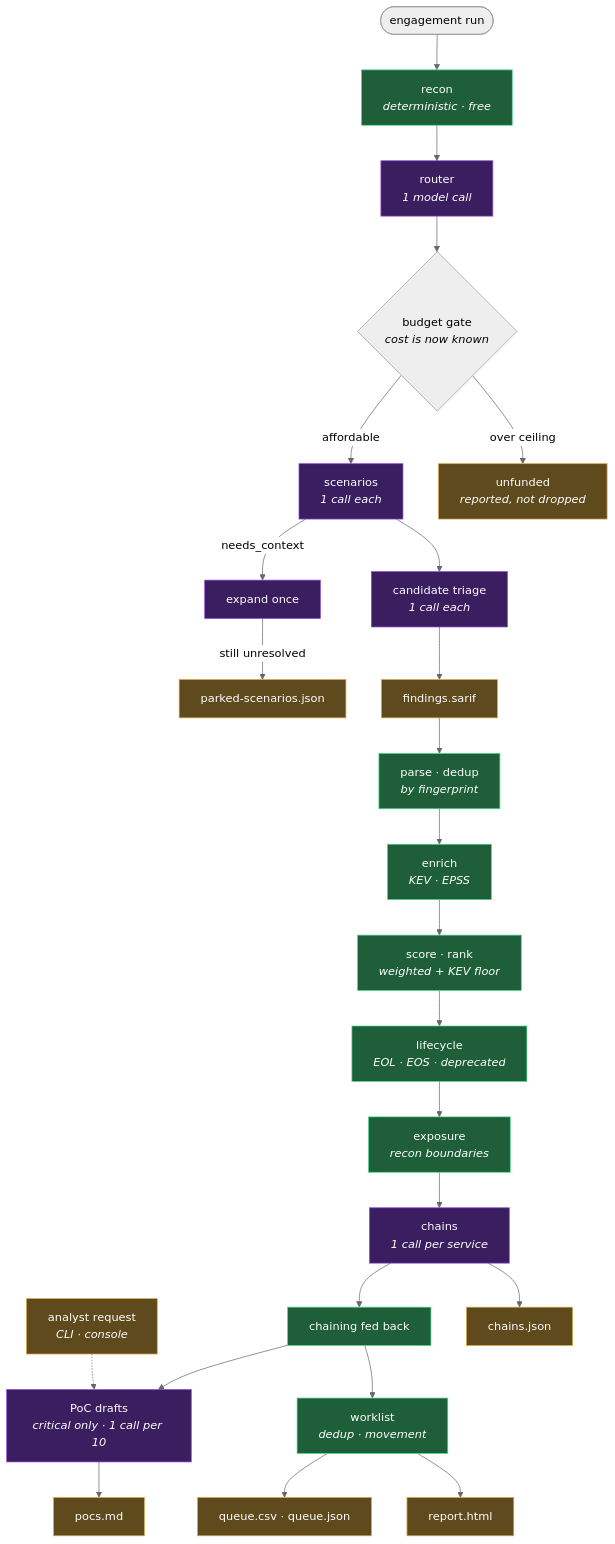
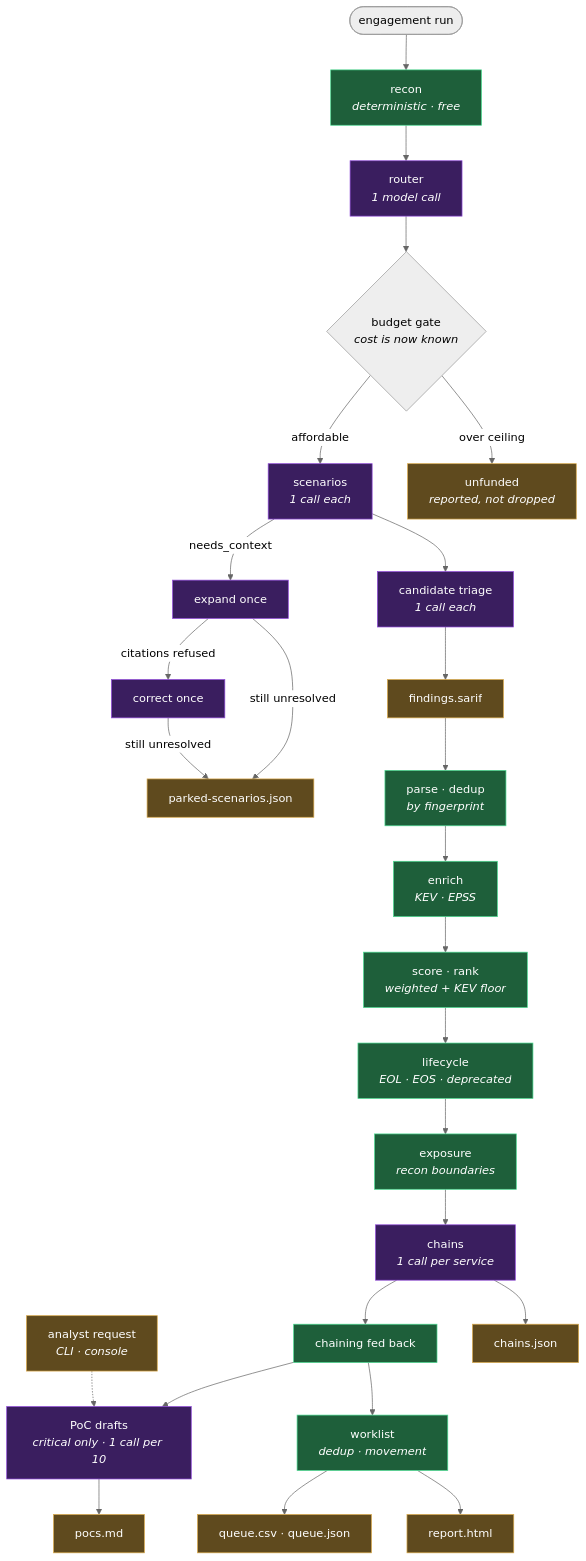
One commit to mfmiguez-oss/codescan-engagement changed the second of 5 diagrams in docs/DATAFLOW.md. Above: the diagram before and after it, drawn with Mermaid (neutral theme). The commit also changed other lines of this file and 10 other files, not shown here.

First line of the commit message:
fix: resolve context expansion by symbol, and correct a refused citation

````diff
--- a/docs/DATAFLOW.md
+++ b/docs/DATAFLOW.md
@@ -83,32 +83,33 @@
 ```mermaid
 flowchart TB
   classDef phase fill:#1e3a5f,stroke:#4a90d9,color:#fff
   classDef det fill:#1e5f3a,stroke:#4ad990,color:#fff
   classDef ai fill:#3a1e5f,stroke:#904ad9,color:#fff
   classDef art fill:#5f4a1e,stroke:#d9a94a,color:#fff
 
   START(["engagement run"]) --> RECON["recon<br/><i>deterministic · free</i>"]:::det
   RECON --> ROUTER["router<br/><i>1 model call</i>"]:::ai
   ROUTER --> GATE{"budget gate<br/><i>cost is now known</i>"}
   GATE -->|"affordable"| SCEN["scenarios<br/><i>1 call each</i>"]:::ai
   GATE -->|"over ceiling"| UNFUND["unfunded<br/><i>reported, not dropped</i>"]:::art
   SCEN -->|"needs_context"| EXPAND["expand once"]:::ai
-  EXPAND -->|"still unresolved"| PARK["parked-scenarios.json"]:::art
+  EXPAND -->|"citations refused"| FIX["correct once"]:::ai
+  EXPAND & FIX -->|"still unresolved"| PARK["parked-scenarios.json"]:::art
   SCEN --> TRIAGE["candidate triage<br/><i>1 call each</i>"]:::ai
   TRIAGE --> SARIF["findings.sarif"]:::art
 
   SARIF --> PARSE["parse · dedup<br/><i>by fingerprint</i>"]:::det
   PARSE --> ENRICH["enrich<br/><i>KEV · EPSS</i>"]:::det
   ENRICH --> SCORE["score · rank<br/><i>weighted + KEV floor</i>"]:::det
   SCORE --> LIFE["lifecycle<br/><i>EOL · EOS · deprecated</i>"]:::det
   LIFE --> EXPO["exposure<br/><i>recon boundaries</i>"]:::det
   EXPO --> CHAINS["chains<br/><i>1 call per service</i>"]:::ai
   CHAINS --> CHAIN2["chaining fed back"]:::det
   CHAIN2 --> POC["PoC drafts<br/><i>critical only · 1 call per 10</i>"]:::ai
   REQ["analyst request<br/><i>CLI · console</i>"]:::art -.-> POC
   CHAIN2 --> EXPORT["worklist<br/><i>dedup · movement</i>"]:::det
   EXPORT --> OUT["queue.csv · queue.json"]:::art
   CHAINS --> PACK["chains.json"]:::art
   POC --> MD["pocs.md"]:::art
   EXPORT --> HTML["report.html"]:::art
 ```
````
